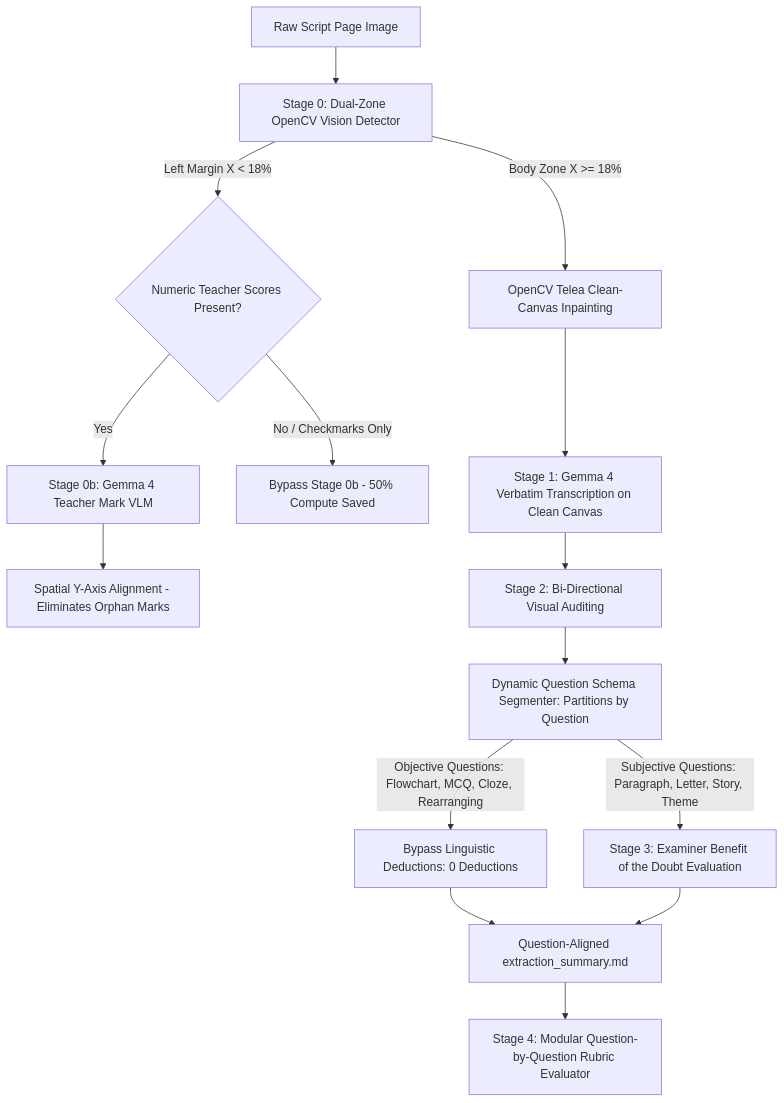
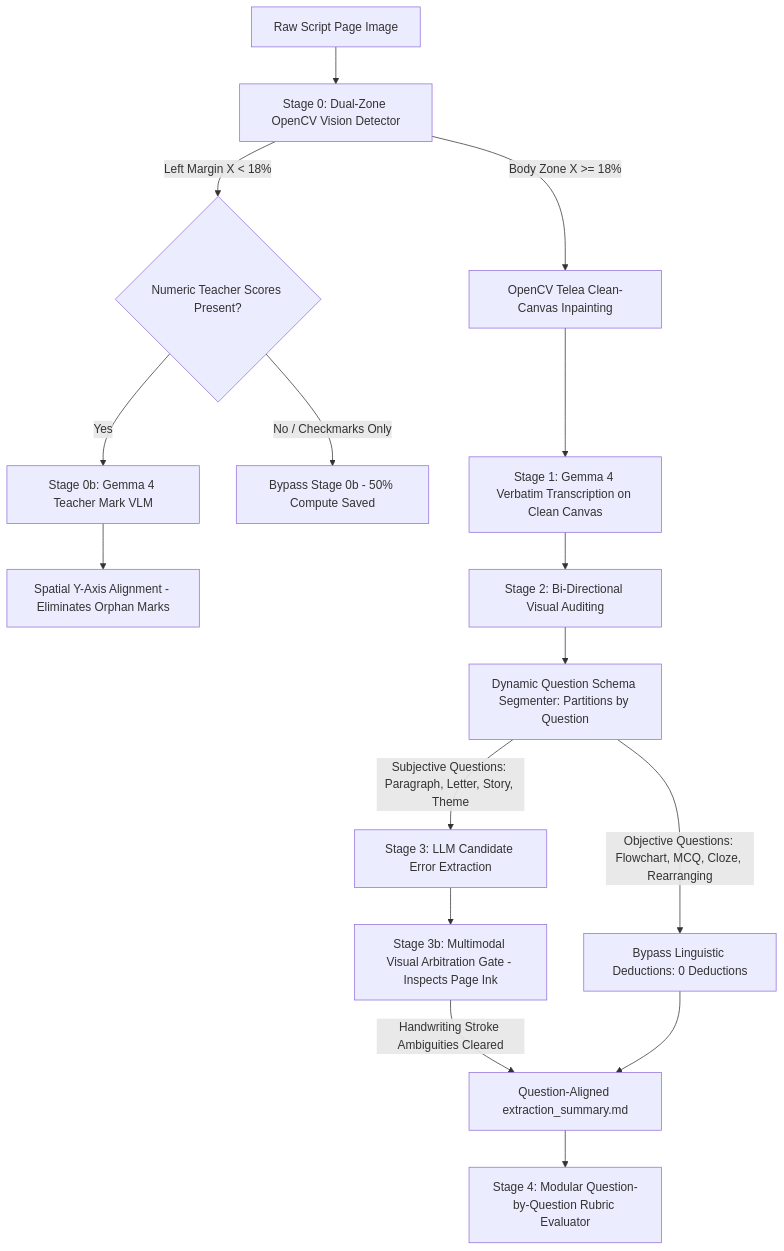
The diagram in Architecture.md (saidul-anam/Ugrad-Thesis-Script-Checking-With-Multimodal-AI), drawn with Mermaid before and after one commit. The commit also changed other lines of this file and 6 other files, not shown here.

````diff
--- a/Architecture.md
+++ b/Architecture.md
@@ -12,25 +12,26 @@
 ```mermaid
 flowchart TD
     RawPage[Raw Script Page Image] --> Stage0[Stage 0: Dual-Zone OpenCV Vision Detector]
     
     Stage0 -->|Left Margin X < 18%| MarginDetector{Numeric Teacher Scores Present?}
     Stage0 -->|Body Zone X >= 18%| Inpainting[OpenCV Telea Clean-Canvas Inpainting]
     
     MarginDetector -->|Yes| Stage0b[Stage 0b: Gemma 4 Teacher Mark VLM]
     MarginDetector -->|No / Checkmarks Only| Skip0b[Bypass Stage 0b - 50% Compute Saved]
     
     Stage0b --> SpatialAlign[Spatial Y-Axis Alignment - Eliminates Orphan Marks]
     
     Inpainting --> Stage1[Stage 1: Gemma 4 Verbatim Transcription on Clean Canvas]
     Stage1 --> Stage2[Stage 2: Bi-Directional Visual Auditing]
     
     Stage2 --> DynamicSegmenter[Dynamic Question Schema Segmenter: Partitions by Question]
     
     DynamicSegmenter -->|Objective Questions: Flowchart, MCQ, Cloze, Rearranging| Stage3Obj[Bypass Linguistic Deductions: 0 Deductions]
-    DynamicSegmenter -->|Subjective Questions: Paragraph, Letter, Story, Theme| Stage3Subj[Stage 3: Examiner Benefit of the Doubt Evaluation]
+    DynamicSegmenter -->|Subjective Questions: Paragraph, Letter, Story, Theme| Stage3Subj[Stage 3: LLM Candidate Error Extraction]
     
-    Stage3Obj --> ExtractionSummary[Question-Aligned extraction_summary.md]
-    Stage3Subj --> ExtractionSummary
+    Stage3Subj --> Stage3b[Stage 3b: Multimodal Visual Arbitration Gate - Inspects Page Ink]
+    Stage3b -->|Handwriting Stroke Ambiguities Cleared| ExtractionSummary[Question-Aligned extraction_summary.md]
+    Stage3Obj --> ExtractionSummary
     
     ExtractionSummary --> Stage4[Stage 4: Modular Question-by-Question Rubric Evaluator]
 ```
````
